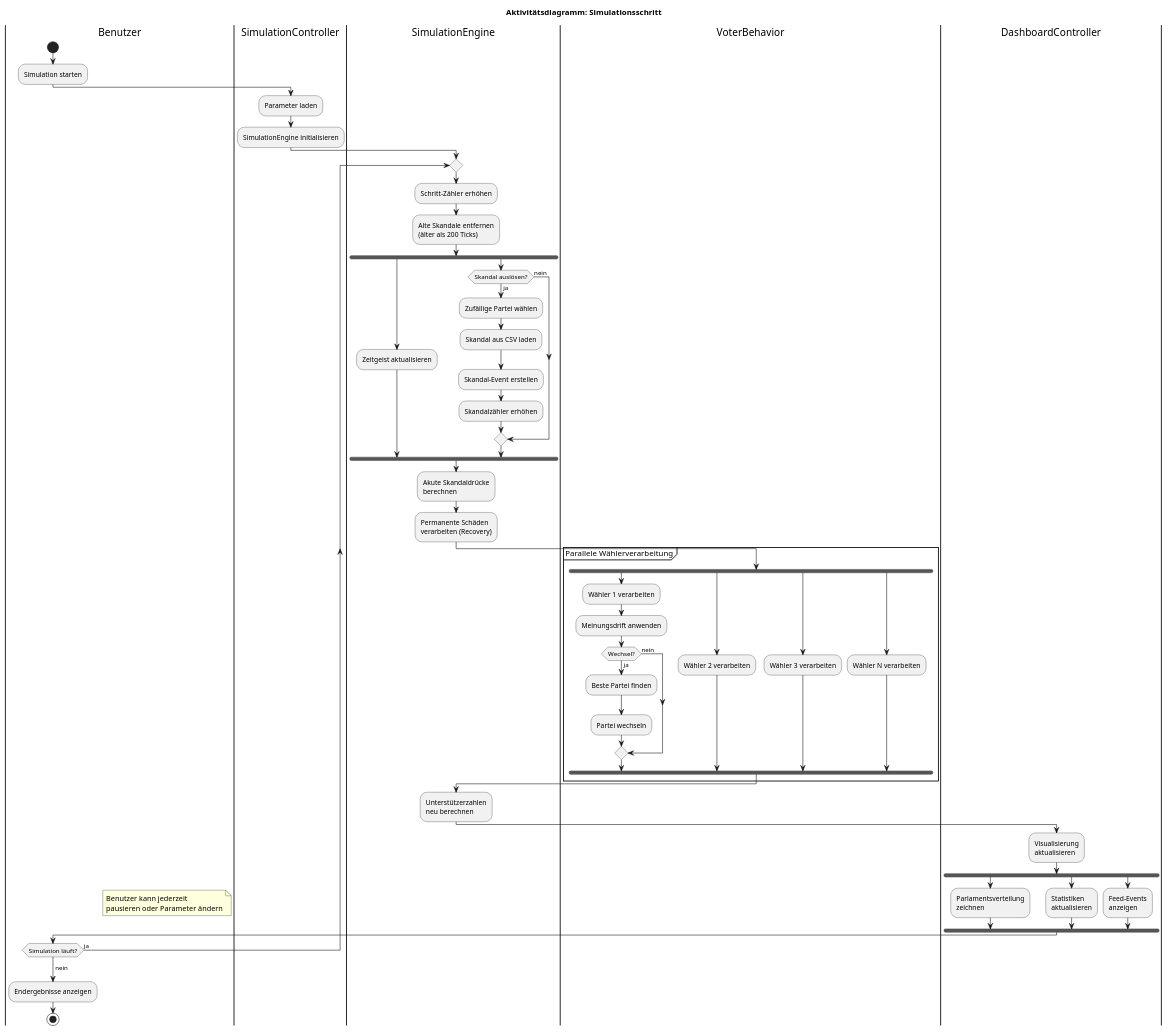
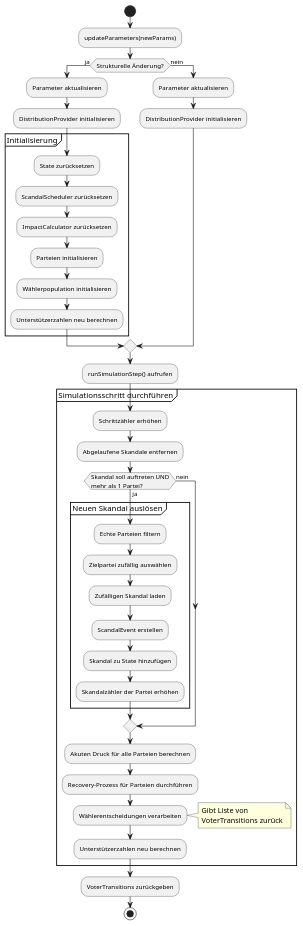
One commit to fearxinsanity/Das-Unberechenbare-Volk changed the diagram in Documentation/UMLs/Aktivitätsdiagramm.puml. Above: the diagram before and after it, drawn with PlantUML. The commit also changed 7 other files, not shown here.

First line of the commit message:
Update and restructure UML diagrams

```diff
--- a/Documentation/UMLs/Aktivitätsdiagramm.puml
+++ b/Documentation/UMLs/Aktivitätsdiagramm.puml
@@ -1,76 +1,61 @@
-@startuml ActivityDiagram
-title Aktivitätsdiagramm: Simulationsschritt
+@startuml
+skinparam ActivityFontSize 11
+skinparam ActivityDiamondFontSize 11
 
-|Benutzer|
 start
-:Simulation starten;
 
-|SimulationController|
-:Parameter laden;
-:SimulationEngine initialisieren;
+:updateParameters(newParams);
 
-|SimulationEngine|
-repeat
-    :Schritt-Zähler erhöhen;
+if (Strukturelle Änderung?) then (ja)
+  :Parameter aktualisieren;
+  :DistributionProvider initialisieren;
+  partition Initialisierung {
+    :State zurücksetzen;
+    :ScandalScheduler zurücksetzen;
+    :ImpactCalculator zurücksetzen;
+    :Parteien initialisieren;
+    :Wählerpopulation initialisieren;
+    :Unterstützerzahlen neu berechnen;
+  }
+else (nein)
+  :Parameter aktualisieren;
+  :DistributionProvider initialisieren;
+endif
 
-    :Alte Skandale entfernen\n(älter als 200 Ticks);
+:runSimulationStep() aufrufen;
 
-    fork
-        :Zeitgeist aktualisieren;
-    fork again
-        if (Skandal auslösen?) then (ja)
-            :Zufällige Partei wählen;
-            :Skandal aus CSV laden;
-            :Skandal-Event erstellen;
-            :Skandalzähler erhöhen;
-        else (nein)
-        endif
-    end fork
+partition "Simulationsschritt durchführen" {
+  :Schrittzähler erhöhen;
 
-    :Akute Skandaldrücke\nberechnen;
+  :Abgelaufene Skandale entfernen;
 
-    :Permanente Schäden\nverarbeiten (Recovery);
+  if (Skandal soll auftreten UND\nmehr als 1 Partei?) then (ja)
+    partition "Neuen Skandal auslösen" {
+      :Echte Parteien filtern;
+      :Zielpartei zufällig auswählen;
+      :Zufälligen Skandal laden;
+      :ScandalEvent erstellen;
+      :Skandal zu State hinzufügen;
+      :Skandalzähler der Partei erhöhen;
+    }
+  else (nein)
+  endif
 
-    |VoterBehavior|
-    partition "Parallele Wählerverarbeitung" {
-        fork
-            :Wähler 1 verarbeiten;
-            :Meinungsdrift anwenden;
-            if (Wechsel?) then (ja)
-                :Beste Partei finden;
-                :Partei wechseln;
-            else (nein)
-            endif
-        fork again
-            :Wähler 2 verarbeiten;
-        fork again
-            :Wähler 3 verarbeiten;
-        fork again
-            :Wähler N verarbeiten;
-        end fork
-    }
+  :Akuten Druck für alle Parteien berechnen;
 
-    |SimulationEngine|
-    :Unterstützerzahlen\nneu berechnen;
+  :Recovery-Prozess für Parteien durchführen;
 
-    |DashboardController|
-    :Visualisierung\naktualisieren;
+  :Wählerentscheidungen verarbeiten;
+  note right
+    Gibt Liste von
+    VoterTransitions zurück
+  end note
 
-    fork
-        :Parlamentsverteilung\nzeichnen;
-    fork again
-        :Statistiken\naktualisieren;
-    fork again
-        :Feed-Events\nanzeigen;
-    end fork
+  :Unterstützerzahlen neu berechnen;
+}
 
-    |Benutzer|
-    note right: Benutzer kann jederzeit\npausieren oder Parameter ändern
+:VoterTransitions zurückgeben;
 
-repeat while (Simulation läuft?) is (ja)
--> nein;
-
-:Endergebnisse anzeigen;
 stop
 
 @enduml
```
